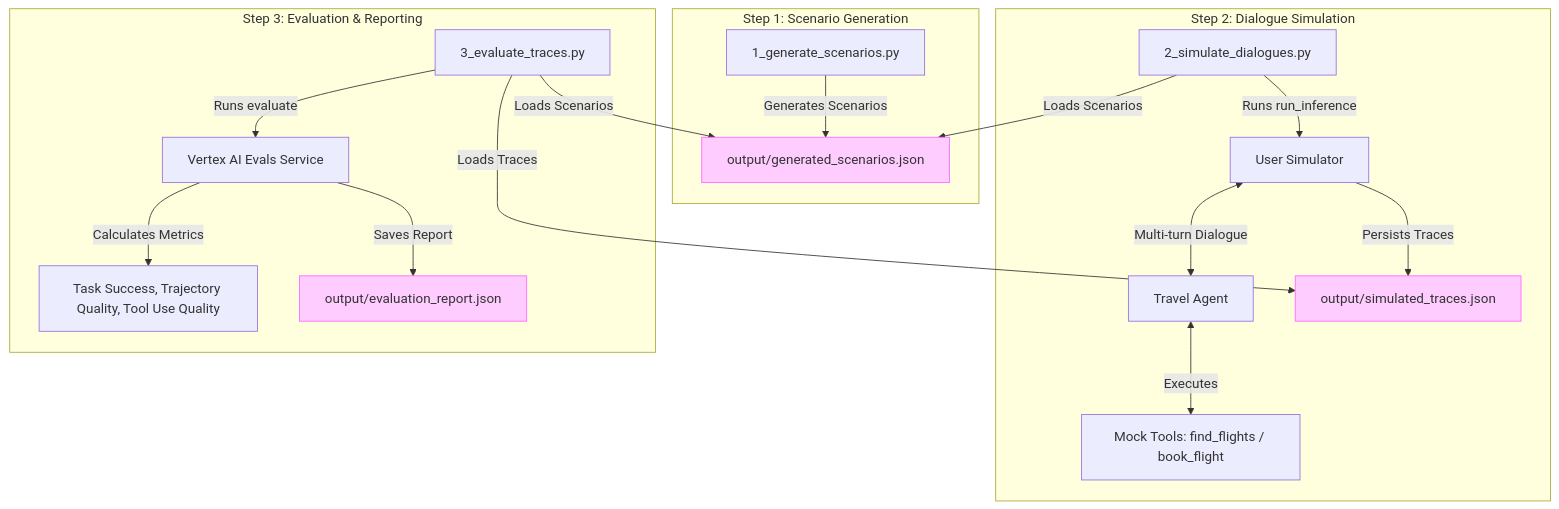
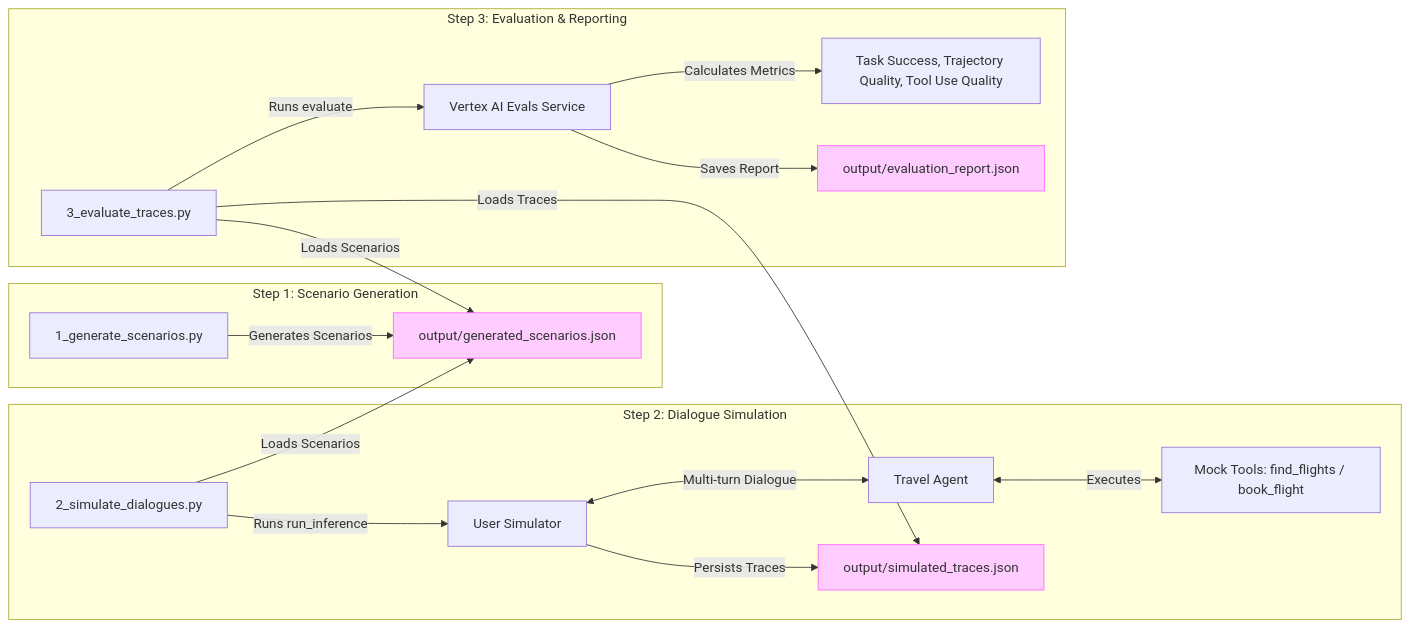
One commit to hning86/adk_agent_evaluation changed the diagram in README.md. Above: the diagram before and after it, drawn with Mermaid.

Commit message:
Update README diagram layout to left-to-right (LR)

````diff
--- a/README.md
+++ b/README.md
@@ -19,25 +19,25 @@
 ```mermaid
-graph TD
+graph LR
     subgraph Step 1: Scenario Generation
         S1[1_generate_scenarios.py] -->|Generates Scenarios| Scen[output/generated_scenarios.json]
     end
 
     subgraph Step 2: Dialogue Simulation
         S2[2_simulate_dialogues.py] -->|Loads Scenarios| Scen
         S2 -->|Runs run_inference| Sim[User Simulator]
         Sim <-->|Multi-turn Dialogue| TA[Travel Agent]
         TA <-->|Executes| Tools[Mock Tools: find_flights / book_flight]
         Sim -->|Persists Traces| Traces[output/simulated_traces.json]
     end
 
     subgraph Step 3: Evaluation & Reporting
         S3[3_evaluate_traces.py] -->|Loads Scenarios| Scen
         S3 -->|Loads Traces| Traces
         S3 -->|Runs evaluate| Evals[Vertex AI Evals Service]
         Evals -->|Calculates Metrics| Metrics[Task Success, Trajectory Quality, Tool Use Quality]
         Evals -->|Saves Report| Report[output/evaluation_report.json]
     end
 
     classDef files fill:#fcf,stroke:#f6f,stroke-width:1px;
     class Scen,Traces,Report files;
 ```
````
